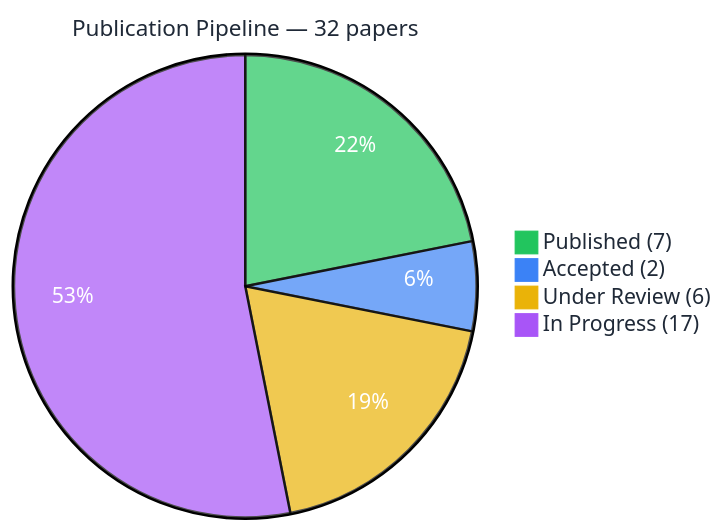
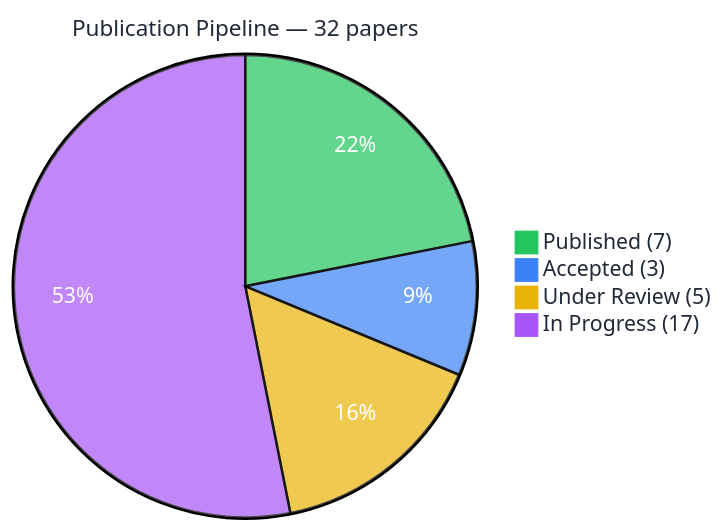
The first of 2 diagrams in README.md (nutthakorn7/kmutnb-fte-portfolio), drawn with Mermaid before and after one commit. The commit also changed other lines of this file, not shown here.

Commit message:
📄 Update: AI-Driven Log Reduction (IJECE) accepted — Accepted 2→3, Under Review 6→5

````diff
--- a/README.md
+++ b/README.md
@@ -91,8 +91,8 @@
 ```mermaid
 %%{init: {'theme': 'base', 'themeVariables': {'pie1': '#22c55e', 'pie2': '#3b82f6', 'pie3': '#eab308', 'pie4': '#a855f7', 'pieTitleTextColor': '#1f2937', 'pieSectionTextColor': '#fff', 'pieLegendTextColor': '#1f2937', 'pieTitleTextSize': '18px'}}}%%
 pie title Publication Pipeline — 32 papers
     "Published (7)" : 7
-    "Accepted (2)" : 2
-    "Under Review (6)" : 6
+    "Accepted (3)" : 3
+    "Under Review (5)" : 5
     "In Progress (17)" : 17
 ```
````
